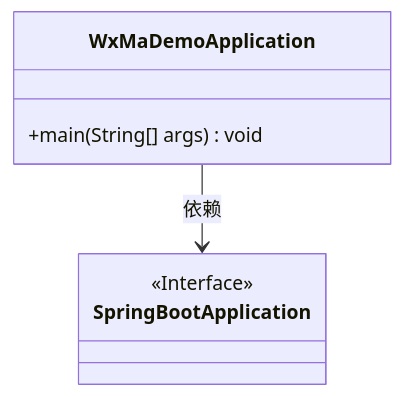
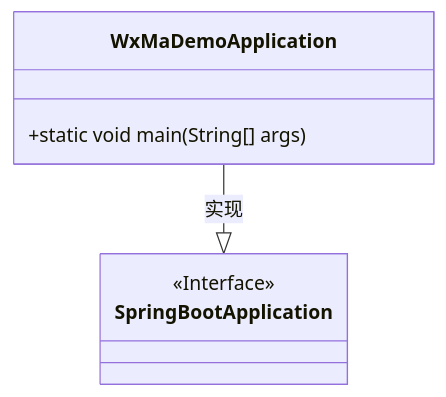
One commit to v-wjrong/binary_weixin-java-miniapp-demo changed the first of 2 diagrams in docs/zh/docs/src/main/java/com/github/binarywang/demo/wx/miniapp/WxMaDemoApplication.md. Above: the diagram before and after it, drawn with Mermaid. The commit also changed other lines of this file and 47 other files, not shown here.

````diff
--- a/docs/zh/docs/src/main/java/com/github/binarywang/demo/wx/miniapp/WxMaDemoApplication.md
+++ b/docs/zh/docs/src/main/java/com/github/binarywang/demo/wx/miniapp/WxMaDemoApplication.md
@@ -36,12 +36,12 @@
 ```mermaid
 classDiagram
     class WxMaDemoApplication {
-        +main(String[] args) void
+        +static void main(String[] args)
     }
 
     class SpringBootApplication <<Interface>> {
-        <<interface>>
+        <<Interface>>
     }
 
-    WxMaDemoApplication --> SpringBootApplication : 依赖
+    WxMaDemoApplication --|> SpringBootApplication : 实现
 ```
````
